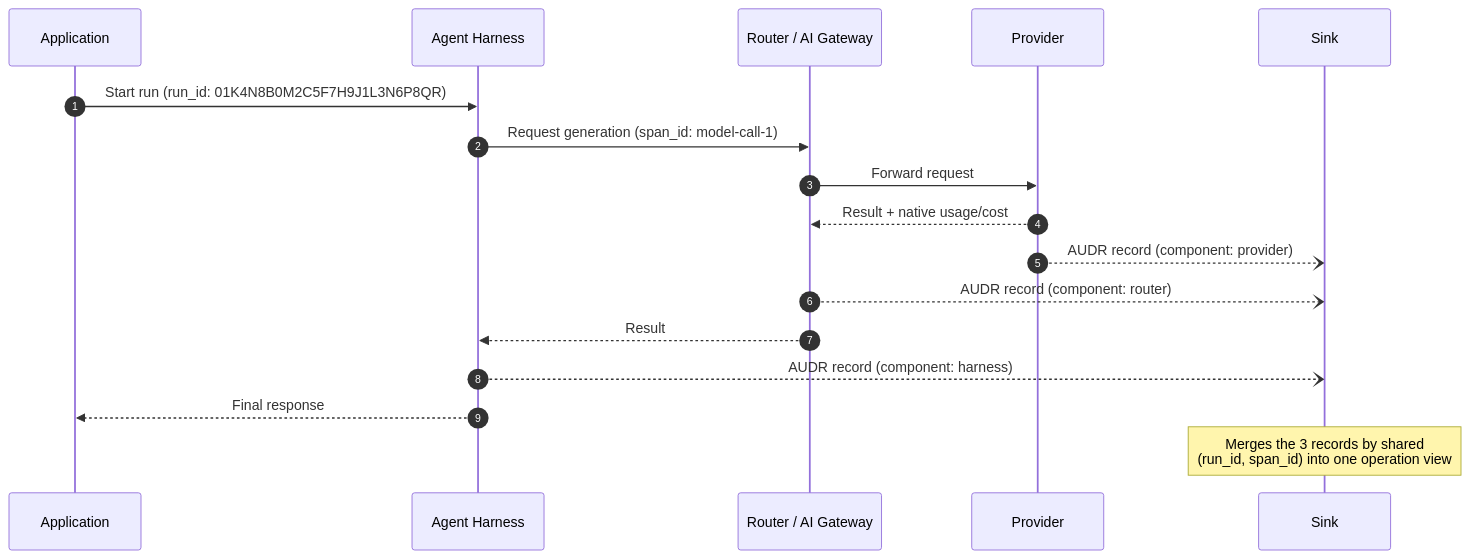
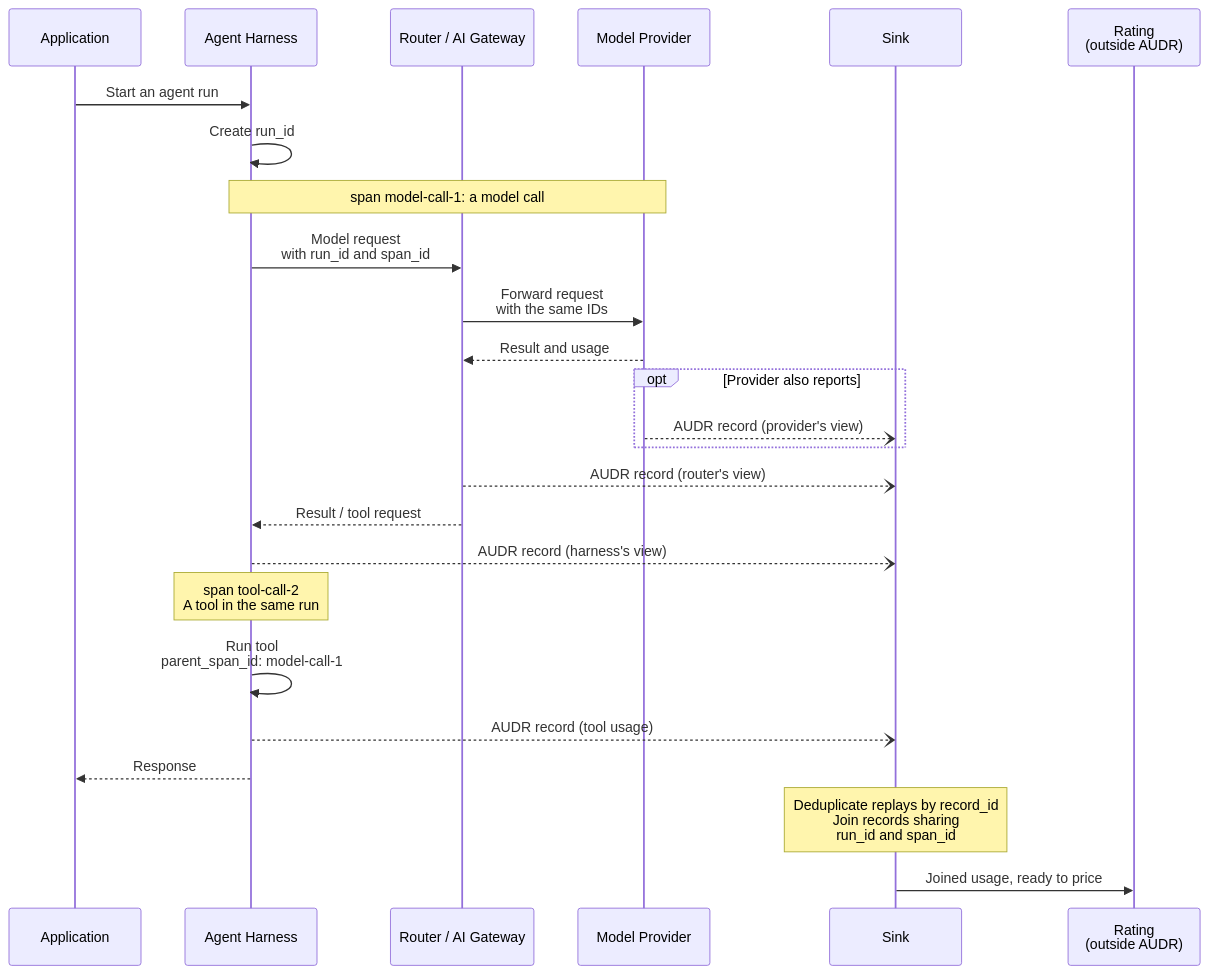
Before and after one commit to cb-sven/audr: the diagram in README.md, drawn with Mermaid. The commit also changed other lines of this file, not shown here.

Commit message:
docs(readme): clarify run identity and record processing flow

````diff
--- a/README.md
+++ b/README.md
@@ -54,21 +55,31 @@
 ```mermaid
 sequenceDiagram
-    autonumber
     participant App as Application
     participant Harness as Agent Harness
     participant Router as Router / AI Gateway
-    participant Provider as Provider
+    participant Provider as Model Provider
     participant Sink as Sink
+    participant Rating as Rating<br/>(outside AUDR)
 
-    App->>Harness: Start run (run_id: 01K4N8B0M2C5F7H9J1L3N6P8QR)
-    Harness->>Router: Request generation (span_id: model-call-1)
-    Router->>Provider: Forward request
-    Provider-->>Router: Result + native usage/cost
-    Provider--)Sink: AUDR record (component: provider)
-    Router--)Sink: AUDR record (component: router)
-    Router-->>Harness: Result
-    Harness--)Sink: AUDR record (component: harness)
-    Harness-->>App: Final response
+    App->>Harness: Start an agent run
+    Harness->>Harness: Create run_id
 
-    Note over Sink: Merges the 3 records by shared<br/>(run_id, span_id) into one operation view
+    Note over Harness,Provider: span model-call-1: a model call
+    Harness->>Router: Model request<br/>with run_id and span_id
+    Router->>Provider: Forward request<br/>with the same IDs
+    Provider-->>Router: Result and usage
+    opt Provider also reports
+        Provider--)Sink: AUDR record (provider's view)
+    end
+    Router--)Sink: AUDR record (router's view)
+    Router-->>Harness: Result / tool request
+    Harness--)Sink: AUDR record (harness's view)
+
+    Note over Harness: span tool-call-2<br/>A tool in the same run
+    Harness->>Harness: Run tool<br/>parent_span_id: model-call-1
+    Harness--)Sink: AUDR record (tool usage)
+    Harness-->>App: Response
+
+    Note over Sink: Deduplicate replays by record_id<br/>Join records sharing<br/>run_id and span_id
+    Sink->>Rating: Joined usage, ready to price
 ```
````
